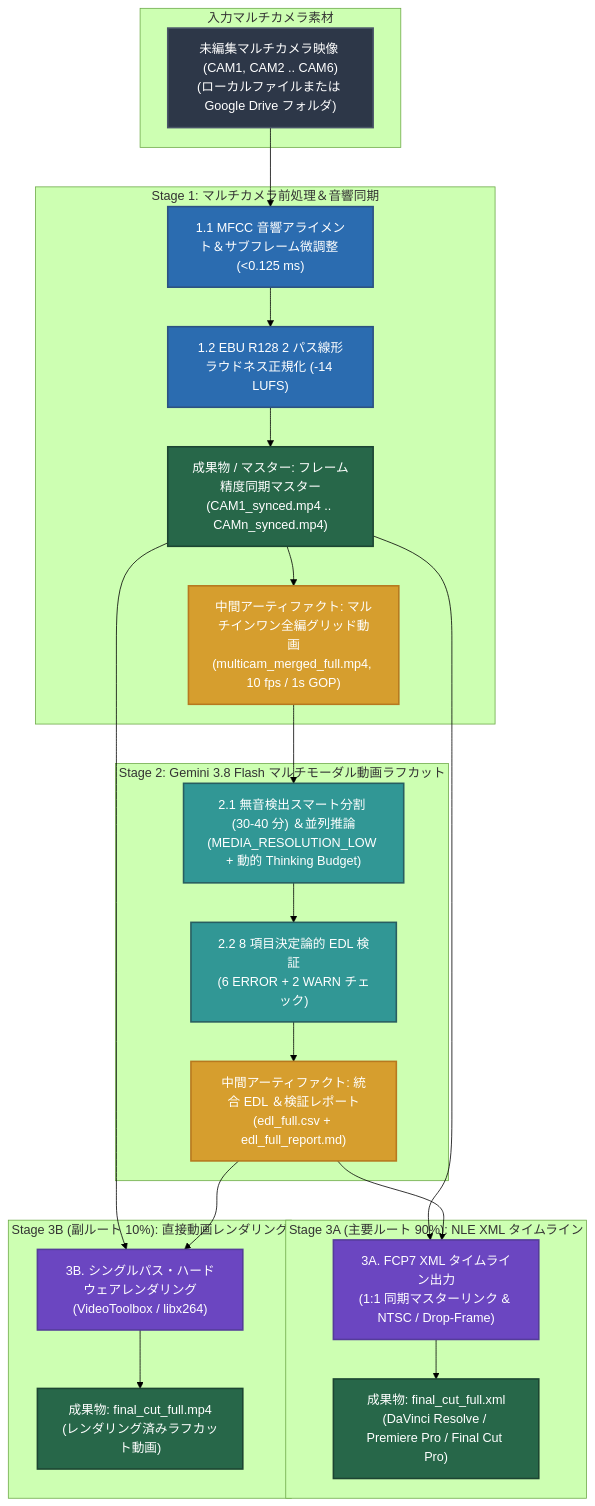
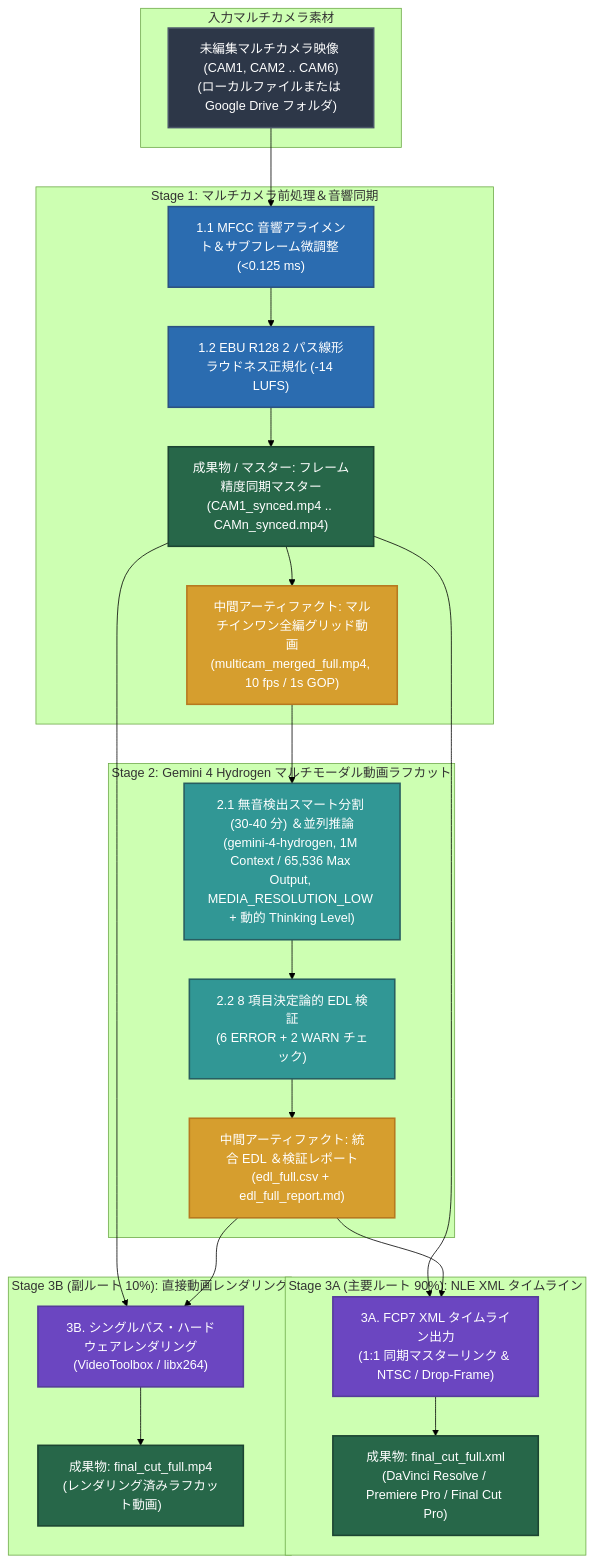
One commit to sylphlin/multicam-video-preprocessing changed the diagram in README.ja.md. Above: the diagram before and after it, drawn with Mermaid (forest theme). The commit also changed other lines of this file and 13 other files, not shown here.

First line of the commit message:
feat(model): upgrade Stage 2 EDL model to Gemini 4 Hydrogen (gemini-4-hydrogen)

````diff
--- a/README.ja.md
+++ b/README.ja.md
@@ -78,50 +82,50 @@
 ```mermaid
 flowchart TD
     classDef inputStyle fill:#2D3748,stroke:#4A5568,stroke-width:2px,color:#fff;
     classDef stage1Style fill:#2B6CB0,stroke:#2C5282,stroke-width:2px,color:#fff;
     classDef stage2Style fill:#319795,stroke:#285E61,stroke-width:2px,color:#fff;
     classDef stage3Style fill:#6B46C1,stroke:#553C9A,stroke-width:2px,color:#fff;
     classDef artifactStyle fill:#D69E2E,stroke:#B7791F,stroke-width:2px,color:#fff;
     classDef outputStyle fill:#276749,stroke:#1C4532,stroke-width:2px,color:#fff;
 
     subgraph Inputs["入力マルチカメラ素材"]
         A["未編集マルチカメラ映像 (CAM1, CAM2 .. CAM6)<br/>(ローカルファイルまたは Google Drive フォルダ)"]:::inputStyle
     end
 
     subgraph S1["Stage 1: マルチカメラ前処理＆音響同期"]
         S1_1["1.1 MFCC 音響アライメント＆サブフレーム微調整 (<0.125 ms)"]:::stage1Style
         S1_2["1.2 EBU R128 2 パス線形ラウドネス正規化 (-14 LUFS)"]:::stage1Style
         S1_3["成果物 / マスター: フレーム精度同期マスター<br/>(CAM1_synced.mp4 .. CAMn_synced.mp4)"]:::outputStyle
         S1_4["中間アーティファクト: マルチインワン全編グリッド動画<br/>(multicam_merged_full.mp4, 10 fps / 1s GOP)"]:::artifactStyle
         S1_1 --> S1_2
         S1_2 --> S1_3
         S1_3 --> S1_4
     end
 
-    subgraph S2["Stage 2: Gemini 3.8 Flash マルチモーダル動画ラフカット"]
-        S2_1["2.1 無音検出スマート分割 (30-40 分) ＆並列推論<br/>(MEDIA_RESOLUTION_LOW + 動的 Thinking Budget)"]:::stage2Style
+    subgraph S2["Stage 2: Gemini 4 Hydrogen マルチモーダル動画ラフカット"]
+        S2_1["2.1 無音検出スマート分割 (30-40 分) ＆並列推論<br/>(gemini-4-hydrogen, 1M Context / 65,536 Max Output, MEDIA_RESOLUTION_LOW + 動的 Thinking Level)"]:::stage2Style
         S2_2["2.2 8 項目決定論的 EDL 検証<br/>(6 ERROR + 2 WARN チェック)"]:::stage2Style
         EDL["中間アーティファクト: 統合 EDL ＆検証レポート<br/>(edl_full.csv + edl_full_report.md)"]:::artifactStyle
         S2_1 --> S2_2
         S2_2 --> EDL
     end
 
     subgraph S3A["Stage 3A (主要ルート 90%): NLE XML タイムライン"]
         S3A_ACT["3A. FCP7 XML タイムライン出力<br/>(1:1 同期マスターリンク & NTSC / Drop-Frame)"]:::stage3Style
         XML["成果物: final_cut_full.xml<br/>(DaVinci Resolve / Premiere Pro / Final Cut Pro)"]:::outputStyle
         S3A_ACT --> XML
     end
 
     subgraph S3B["Stage 3B (副ルート 10%): 直接動画レンダリング"]
         S3B_ACT["3B. シングルパス・ハードウェアレンダリング<br/>(VideoToolbox / libx264)"]:::stage3Style
         MP4["成果物: final_cut_full.mp4<br/>(レンダリング済みラフカット動画)"]:::outputStyle
         S3B_ACT --> MP4
     end
 
     A --> S1_1
     S1_4 --> S2_1
     S1_3 --> S3A_ACT
     EDL --> S3A_ACT
     S1_3 --> S3B_ACT
     EDL --> S3B_ACT
 ```
````
